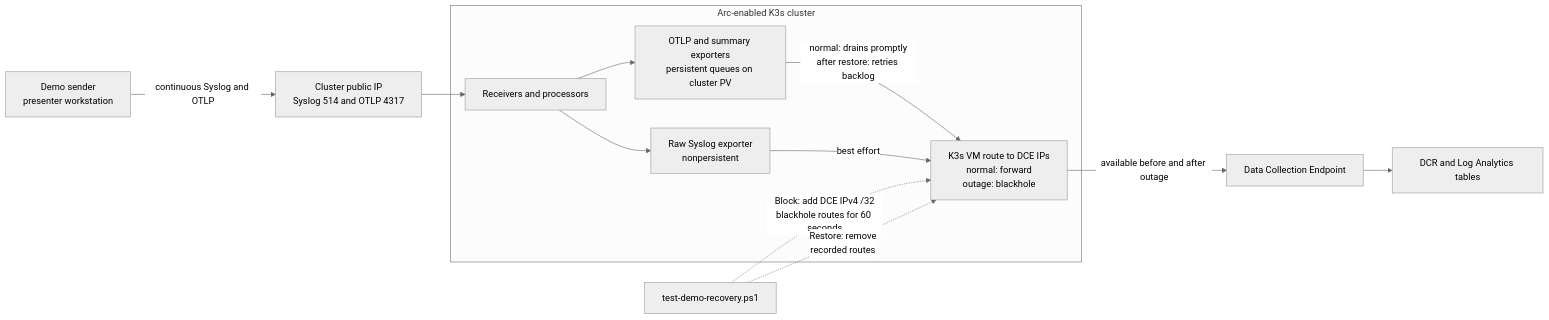
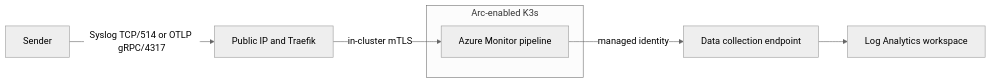
Before and after one commit to kasimrehman/azmon-pipeline-demo: the diagram in README.md, drawn with Mermaid (neutral theme). The commit also changed other lines of this file and 20 other files, not shown here.

````diff
--- a/README.md
+++ b/README.md
@@ -605,25 +21,17 @@
 ```mermaid
 flowchart LR
-   sender[Demo sender<br/>presenter workstation]
-   publicIp[Cluster public IP<br/>Syslog 514 and OTLP 4317]
+    sender[Sender]
+    gateway[Public IP and Traefik]
 
-   subgraph k3s[Arc-enabled K3s cluster]
-      pipeline[Receivers and processors]
-      durable[OTLP and summary exporters<br/>persistent queues on cluster PV]
-      raw[Raw Syslog exporter<br/>nonpersistent]
-      route[K3s VM route to DCE IPs<br/>normal: forward<br/>outage: blackhole]
-   end
+    subgraph edge[Arc-enabled K3s]
+        pipeline[Azure Monitor pipeline]
+    end
 
-   dce[Data Collection Endpoint]
-   law[DCR and Log Analytics tables]
-   harness[test-demo-recovery.ps1]
+    dce[Data collection endpoint]
+    law[Log Analytics workspace]
 
-   sender -->|continuous Syslog and OTLP| publicIp --> pipeline
-   pipeline --> durable
-   pipeline --> raw
-   durable -->|normal: drains promptly<br/>after restore: retries backlog| route
-   raw -->|best effort| route
-   route -->|available before and after outage| dce --> law
-   harness -.->|Block: add DCE IPv4 /32<br/>blackhole routes for 60 seconds| route
-   harness -.->|Restore: remove<br/>recorded routes| route
+    sender -->|Syslog TCP/514 or OTLP gRPC/4317| gateway
+    gateway -->|in-cluster mTLS| pipeline
+    pipeline -->|managed identity| dce
+    dce --> law
 ```
````
